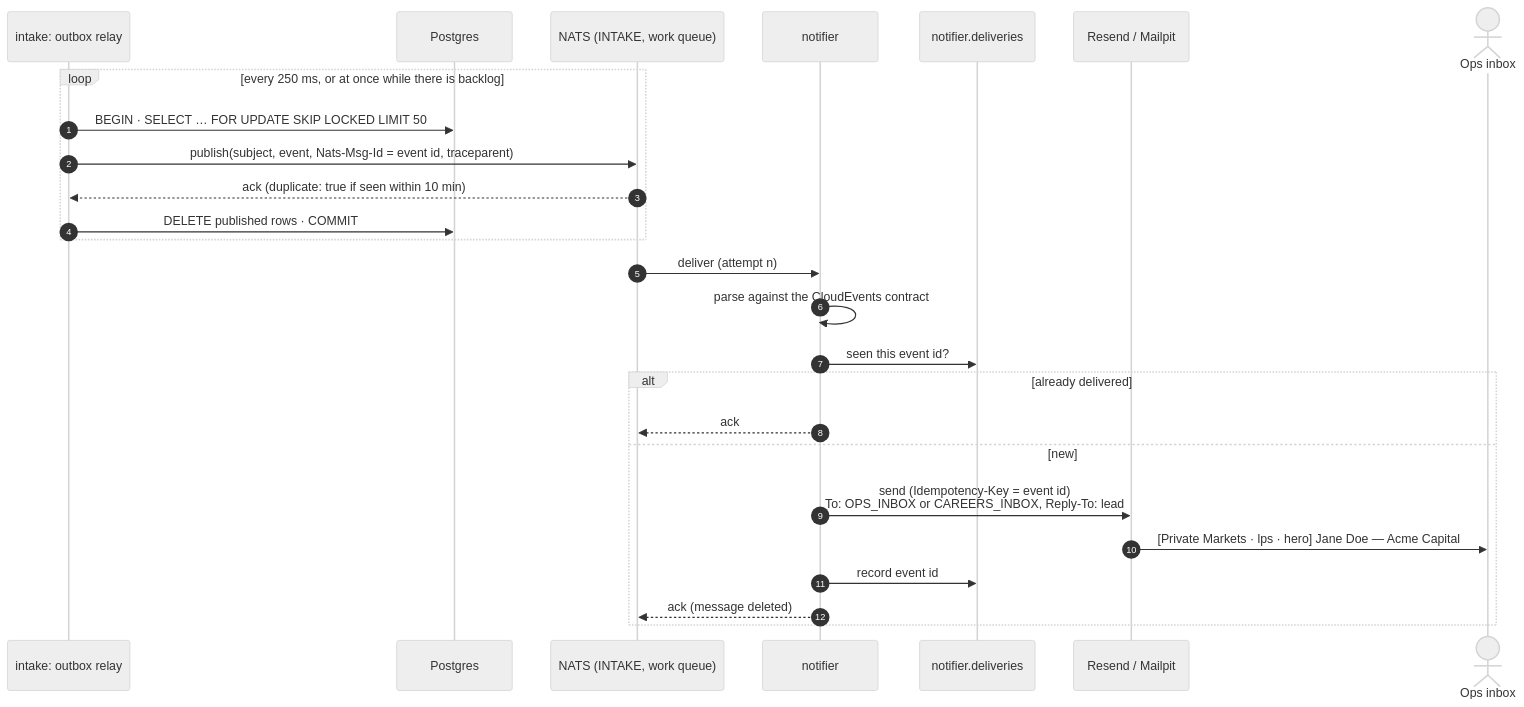
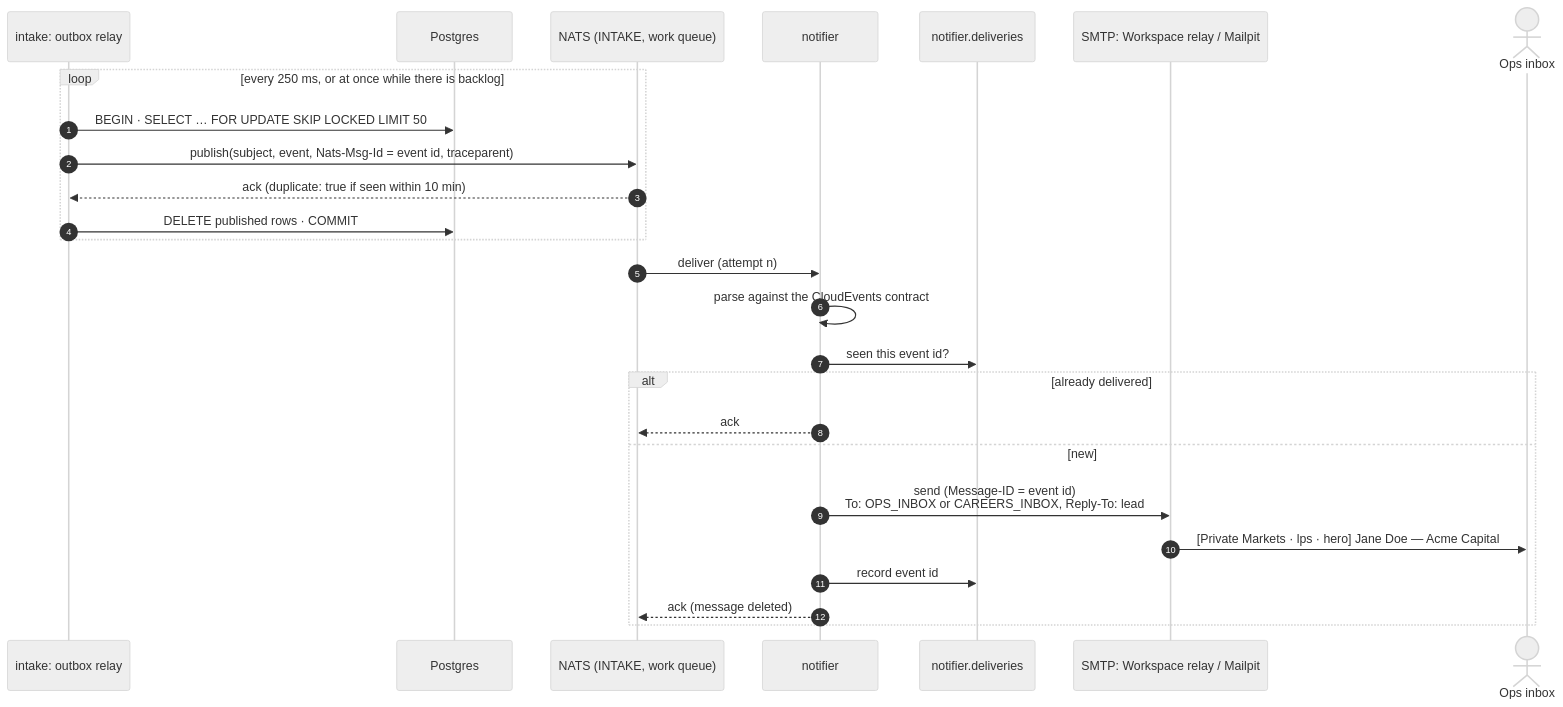
The second of 5 diagrams in docs/architecture/flows.md (angritsay/eunice-site), drawn with Mermaid (neutral theme) before and after one commit. The commit also changed other lines of this file and 22 other files, not shown here.

First line of the commit message:
P5a · Email over SMTP to Google Workspace: no new vendor for go-live (#18)

````diff
--- a/docs/architecture/flows.md
+++ b/docs/architecture/flows.md
@@ -48,29 +48,29 @@
 ```mermaid
 sequenceDiagram
   autonumber
   participant R as intake: outbox relay
   participant DB as Postgres
   participant N as NATS (INTAKE, work queue)
   participant C as notifier
   participant L as notifier.deliveries
-  participant M as Resend / Mailpit
+  participant M as SMTP: Workspace relay / Mailpit
   actor O as Ops inbox
 
   loop every 250 ms, or at once while there is backlog
     R->>DB: BEGIN · SELECT … FOR UPDATE SKIP LOCKED LIMIT 50
     R->>N: publish(subject, event, Nats-Msg-Id = event id, traceparent)
     N-->>R: ack (duplicate: true if seen within 10 min)
     R->>DB: DELETE published rows · COMMIT
   end
   N->>C: deliver (attempt n)
   C->>C: parse against the CloudEvents contract
   C->>L: seen this event id?
   alt already delivered
     C-->>N: ack
   else new
-    C->>M: send (Idempotency-Key = event id)<br/>To: OPS_INBOX or CAREERS_INBOX, Reply-To: lead
+    C->>M: send (Message-ID = event id)<br/>To: OPS_INBOX or CAREERS_INBOX, Reply-To: lead
     M->>O: [Private Markets · lps · hero] Jane Doe — Acme Capital
     C->>L: record event id
     C-->>N: ack (message deleted)
   end
 ```
````
